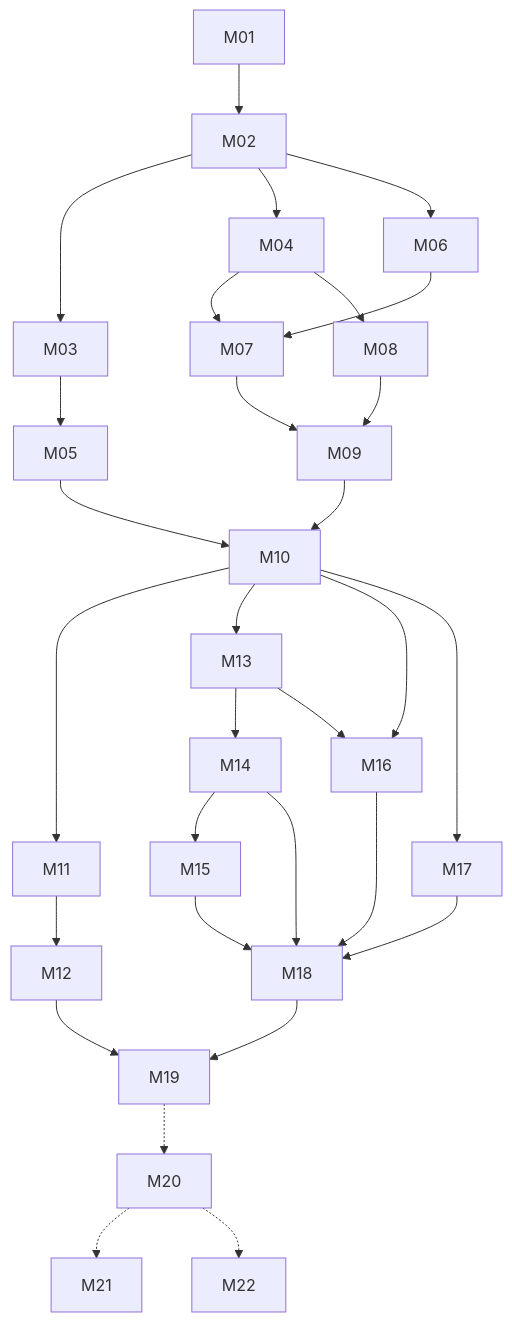
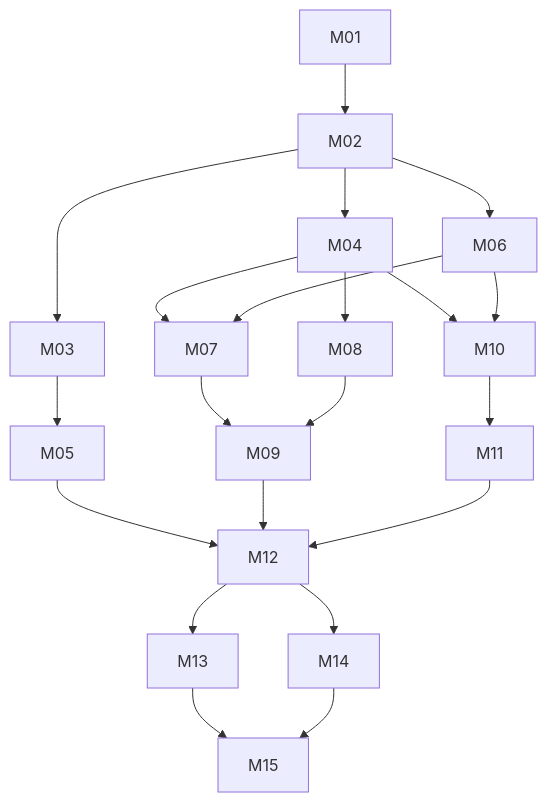
Before and after one commit to KomplexMojo/NordicAim: the diagram in docs/milestones/README.md, drawn with Mermaid. The commit also changed other lines of this file and 44 other files, not shown here.

````diff
--- a/docs/milestones/README.md
+++ b/docs/milestones/README.md
@@ -40,28 +26,22 @@
 ```mermaid
 flowchart TD
   M01 --> M02
   M02 --> M03 --> M05
   M02 --> M04
   M02 --> M06
   M04 --> M07
   M06 --> M07
   M04 --> M08
   M07 --> M09
   M08 --> M09
-  M05 --> M10
-  M09 --> M10
-  M10 --> M11 --> M12
-  M10 --> M13 --> M14 --> M15
-  M10 --> M16
-  M13 --> M16
-  M10 --> M17
-  M14 --> M18
-  M15 --> M18
-  M16 --> M18
-  M17 --> M18
-  M12 --> M19
-  M18 --> M19
-  M19 -.-> M20
-  M20 -.-> M21
-  M20 -.-> M22
+  M04 --> M10
+  M06 --> M10
+  M10 --> M11
+  M05 --> M12
+  M09 --> M12
+  M11 --> M12
+  M12 --> M13
+  M12 --> M14
+  M13 --> M15
+  M14 --> M15
 ```
````
